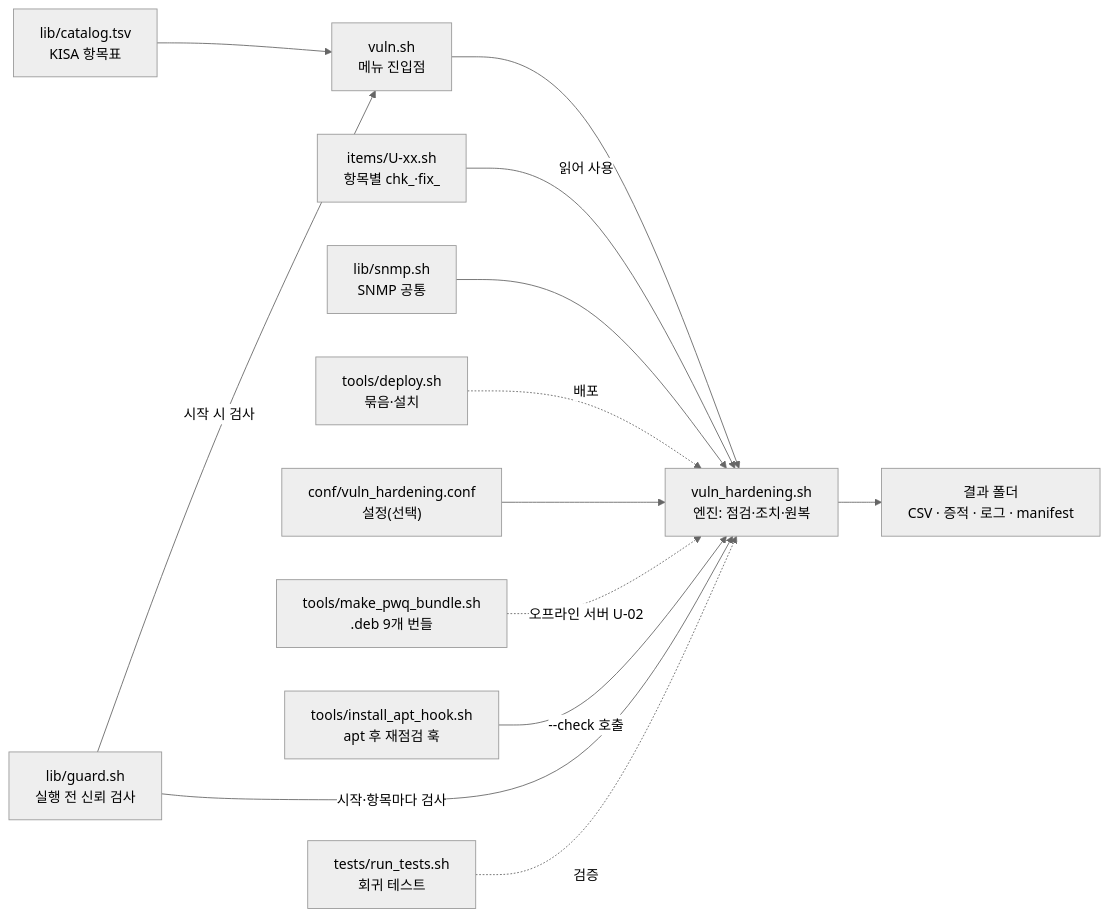
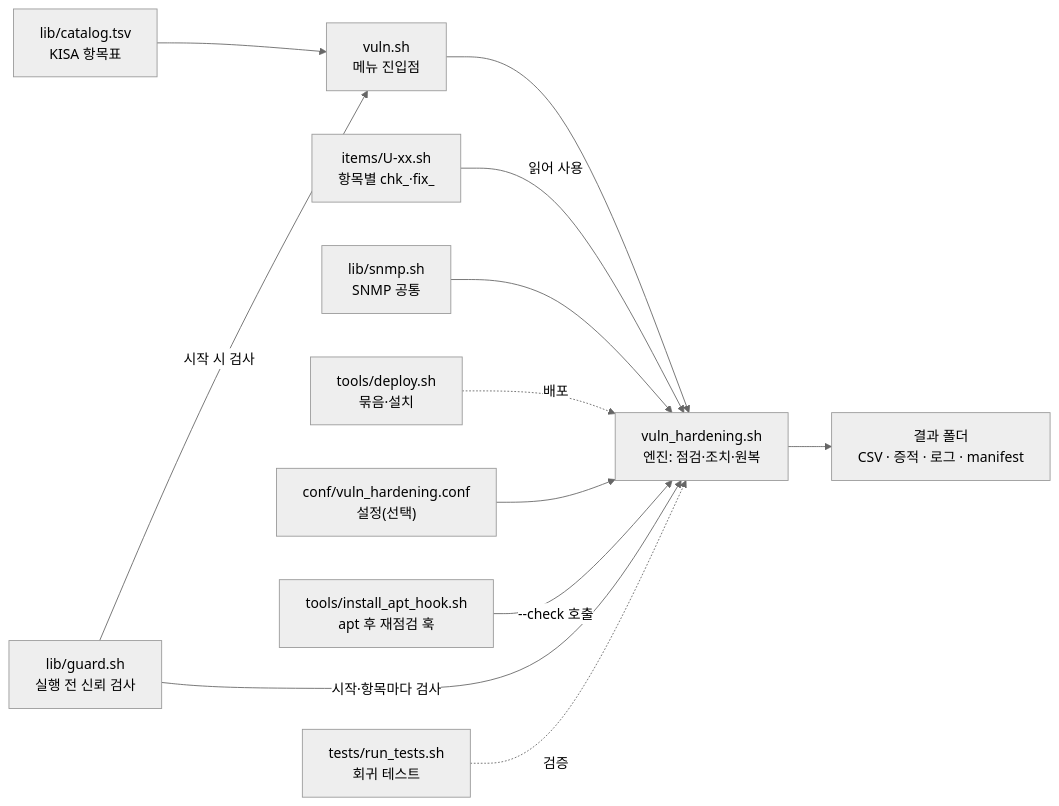
One commit to yanos0218/Tools changed the first of 4 diagrams in vulnerability/docs/architecture.md. Above: the diagram before and after it, drawn with Mermaid (neutral theme). The commit also changed 10 other files, not shown here.

First line of the commit message:
refactor(vulnerability)!: 오프라인 pwquality 번들(make_pwq_bundle.sh·PWQ_DEB_DIR) 제거

````diff
--- a/vulnerability/docs/architecture.md
+++ b/vulnerability/docs/architecture.md
@@ -7,15 +7,14 @@
 ```mermaid
 flowchart LR
   menu["vuln.sh<br/>메뉴 진입점"] --> main["vuln_hardening.sh<br/>엔진: 점검·조치·원복"]
   items["items/U-xx.sh<br/>항목별 chk_·fix_"] -- "읽어 사용" --> main
   snmp["lib/snmp.sh<br/>SNMP 공통"] --> main
   deploy["tools/deploy.sh<br/>묶음·설치"] -. "배포" .-> main
   cat["lib/catalog.tsv<br/>KISA 항목표"] --> menu
   conf["conf/vuln_hardening.conf<br/>설정(선택)"] --> main
-  bundle["tools/make_pwq_bundle.sh<br/>.deb 9개 번들"] -. "오프라인 서버 U-02" .-> main
   hook["tools/install_apt_hook.sh<br/>apt 후 재점검 훅"] -- "--check 호출" --> main
   guard["lib/guard.sh<br/>실행 전 신뢰 검사"] -- "시작·항목마다 검사" --> main
   guard -- "시작 시 검사" --> menu
   tests["tests/run_tests.sh<br/>회귀 테스트"] -. "검증" .-> main
   main --> out["결과 폴더<br/>CSV · 증적 · 로그 · manifest"]
 ```
````
